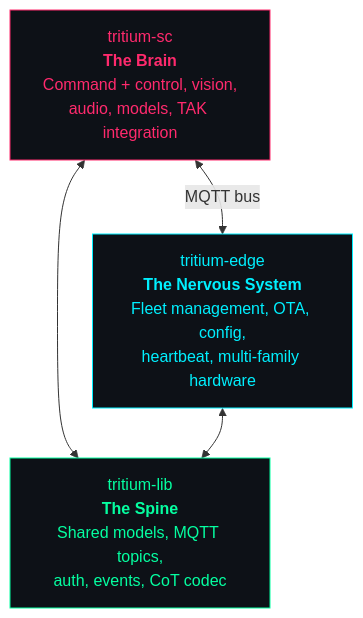
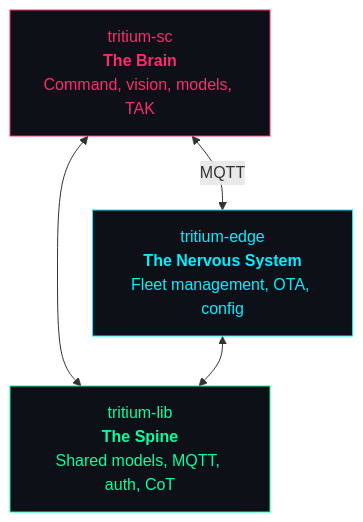
One commit to Valpatel/tritium changed the second of 3 diagrams in README.md. Above: the diagram before and after it, drawn with Mermaid. The commit also changed other lines of this file, not shown here.

First line of the commit message:
Tighten README — vision up, details down

````diff
--- a/README.md
+++ b/README.md
@@ -110,14 +55,14 @@
 ```mermaid
 graph TB
-    SC["tritium-sc<br/><b>The Brain</b><br/>Command + control, vision,<br/>audio, models, TAK integration"]
-    EDGE["tritium-edge<br/><b>The Nervous System</b><br/>Fleet management, OTA, config,<br/>heartbeat, multi-family hardware"]
-    LIB["tritium-lib<br/><b>The Spine</b><br/>Shared models, MQTT topics,<br/>auth, events, CoT codec"]
+    SC["tritium-sc<br/><b>The Brain</b><br/>Command, vision, models, TAK"]
+    EDGE["tritium-edge<br/><b>The Nervous System</b><br/>Fleet management, OTA, config"]
+    LIB["tritium-lib<br/><b>The Spine</b><br/>Shared models, MQTT, auth, CoT"]
 
     SC <--> LIB
     EDGE <--> LIB
-    SC <-->|"MQTT bus"| EDGE
+    SC <-->|"MQTT"| EDGE
 
     style SC fill:#0d1117,stroke:#ff2a6d,color:#ff2a6d
     style EDGE fill:#0d1117,stroke:#00f0ff,color:#00f0ff
     style LIB fill:#0d1117,stroke:#05ffa1,color:#05ffa1
 ```
````
